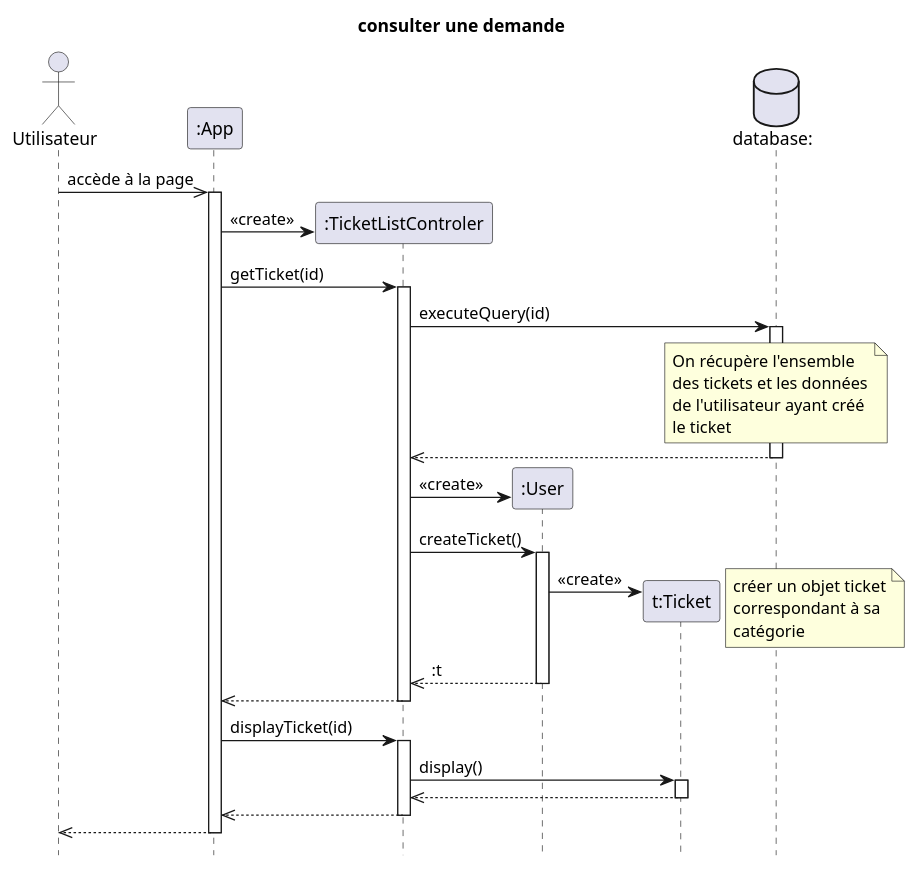
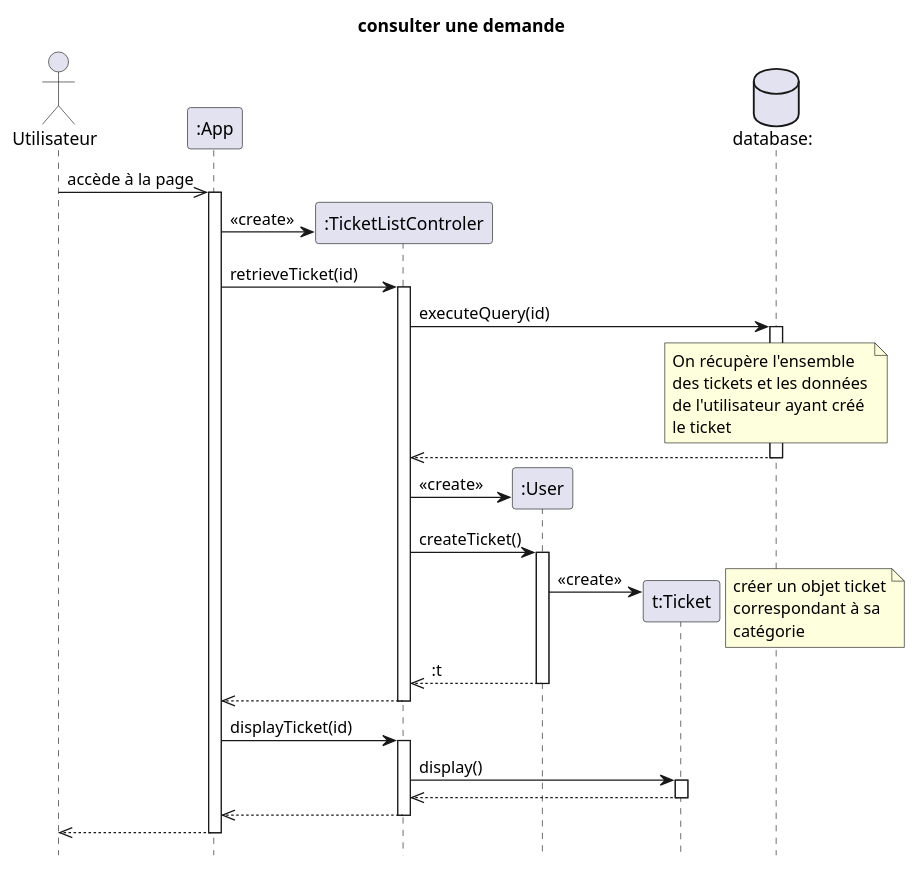
Before and after one commit to dorianleveque/CoHub: the diagram in docs/UML/diagrammes séquence/consulter une demande.puml, drawn with PlantUML. The commit also changed 2 other files, not shown here.

Commit message:
update diagramme de séquence

```diff
--- a/docs/UML/diagrammes séquence/consulter une demande.puml
+++ b/docs/UML/diagrammes séquence/consulter une demande.puml
@@ -1,51 +1,51 @@
 @startuml consulter une demande
 title consulter une demande
 hide footbox
 
 actor client as "Utilisateur" order 1 
 participant app as ":App" order 2 
 database bdd as "database:"  order 6
 
 client ->> app :accède à la page
 activate app
 create tlc as ":TicketListControler" order 3
 app -> tlc : <<create>>
 
-app -> tlc : getTicket(id) 
+app -> tlc : retrieveTicket(id) 
 activate tlc
 tlc -> bdd : executeQuery(id)
 note over bdd: On récupère l'ensemble\ndes tickets et les données\nde l'utilisateur ayant créé \nle ticket
 activate bdd
 tlc <<-- bdd
 deactivate bdd
 
 create user as ":User" order 4
 tlc -> user : <<create>>
 tlc -> user : createTicket()
 activate user   
 
 create ticket as "t:Ticket" order 5
 user -> ticket : <<create>>
 note right: créer un objet ticket\ncorrespondant à sa \ncatégorie 
 tlc <<-- user: :t
 deactivate user
 
 app <<-- tlc
 deactivate tlc
 
 app -> tlc : displayTicket(id)
 activate tlc
 
 tlc -> ticket : display()
 activate ticket
 
 tlc <<-- ticket: 
 deactivate ticket
 
 app <<-- tlc
 deactivate tlc
 client <<-- app
 deactivate app
 
 
 @enduml
```
